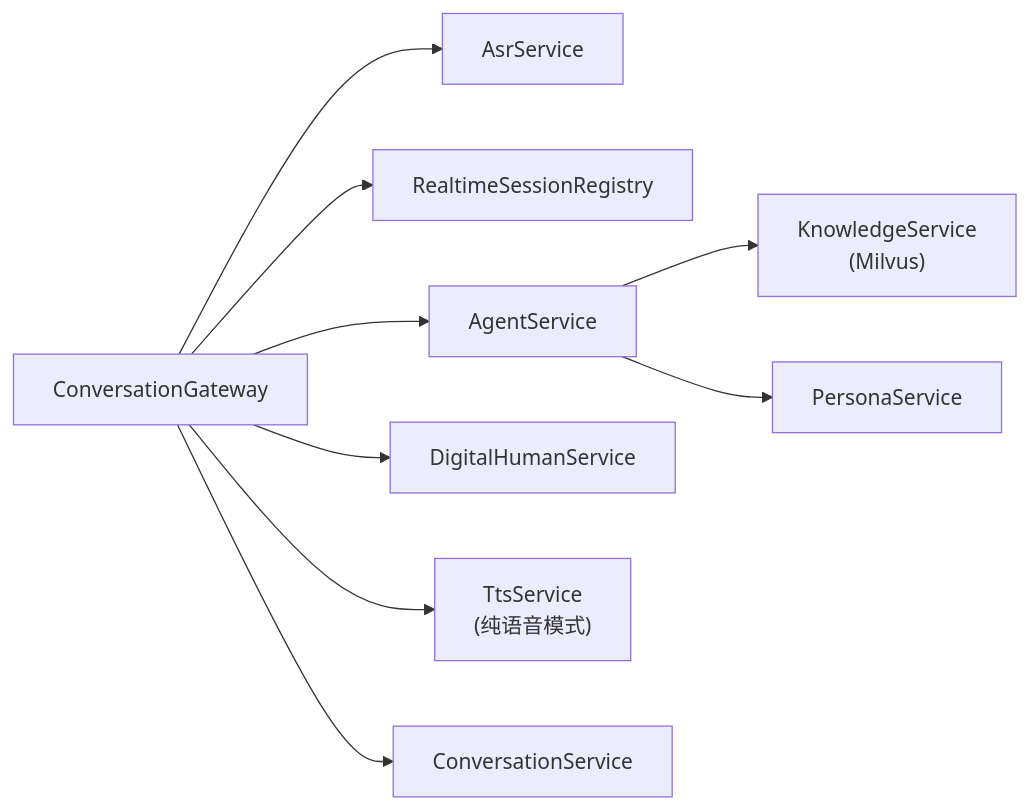
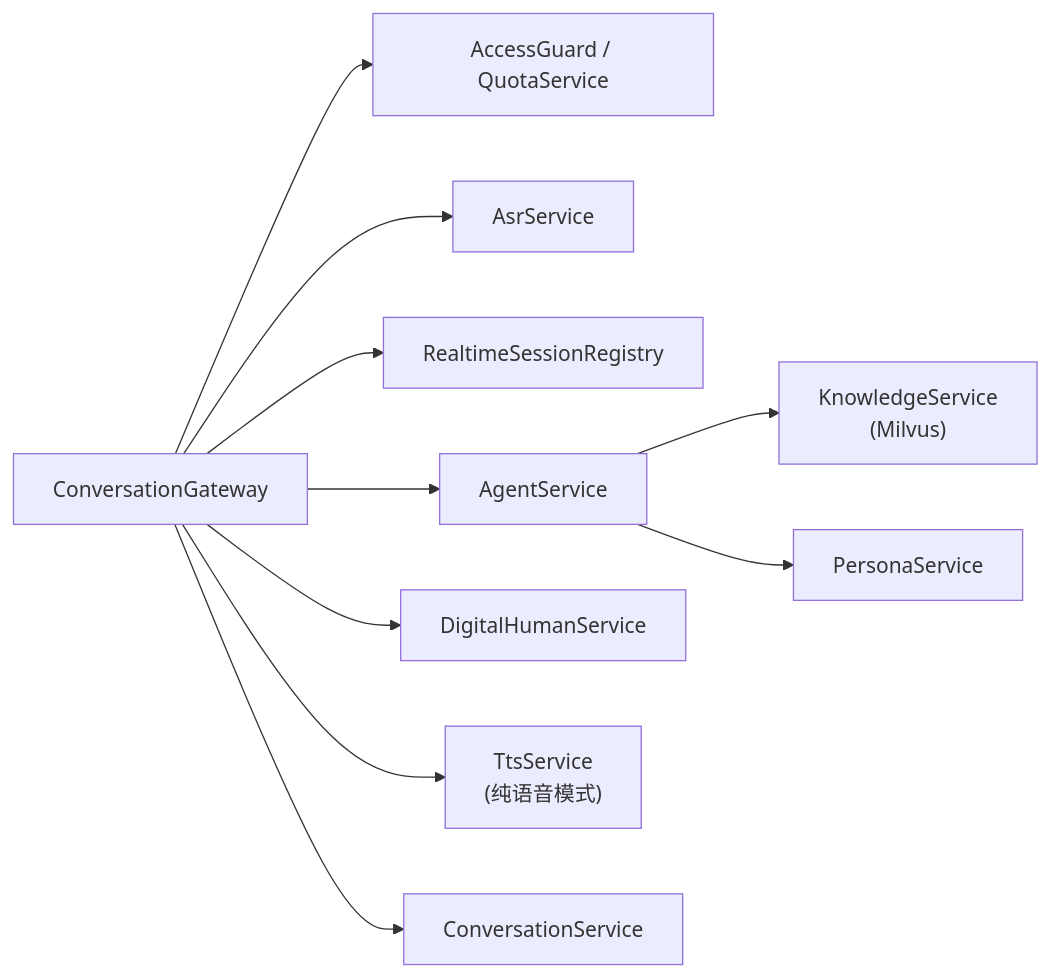
One commit to iceberg211/ai-agent-course-code changed the fifth of 5 diagrams in docs/数字人-Agent-技术方案.md. Above: the diagram before and after it, drawn with Mermaid. The commit also changed other lines of this file, not shown here.

````diff
--- a/docs/数字人-Agent-技术方案.md
+++ b/docs/数字人-Agent-技术方案.md
@@ -758,11 +903,12 @@
 ```mermaid
 flowchart LR
+    GW["ConversationGateway"] --> AC["AccessGuard / QuotaService"]
     GW["ConversationGateway"] --> ASR["AsrService"]
     GW --> RS["RealtimeSessionRegistry"]
     GW --> AG["AgentService"]
     AG --> KB["KnowledgeService\n(Milvus)"]
     AG --> PS["PersonaService"]
     GW --> DH["DigitalHumanService"]
     GW --> TTS["TtsService\n(纯语音模式)"]
     GW --> CS["ConversationService"]
 ```
````
